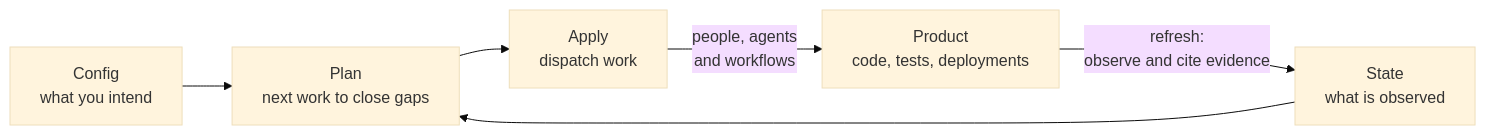
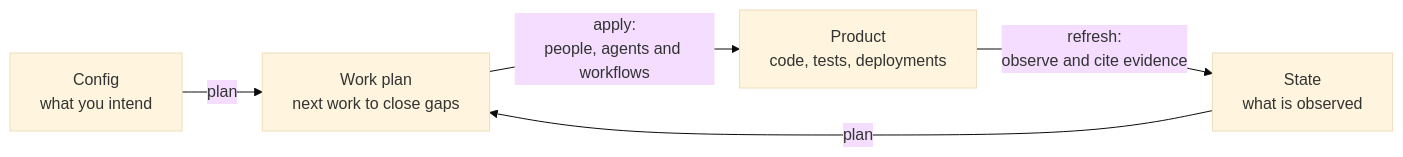
One commit to whiteredhouse/exacly changed the diagram in README.md. Above: the diagram before and after it, drawn with Mermaid (base theme).

Commit message:
docs: show plan apply and refresh as actions on arrows

````diff
--- a/README.md
+++ b/README.md
@@ -5,8 +5,7 @@
 ```mermaid
 flowchart LR
-    config["Config<br/>what you intend"] --> plan["Plan<br/>next work to close gaps"]
-    state["State<br/>what is observed"] --> plan
-    plan --> apply["Apply<br/>dispatch work"]
-    apply -- "people, agents<br/>and workflows" --> product["Product<br/>code, tests, deployments"]
+    config["Config<br/>what you intend"] -- "plan" --> work["Work plan<br/>next work to close gaps"]
+    state["State<br/>what is observed"] -- "plan" --> work
+    work -- "apply:<br/>people, agents and workflows" --> product["Product<br/>code, tests, deployments"]
     product -- "refresh:<br/>observe and cite evidence" --> state
 ```
````
